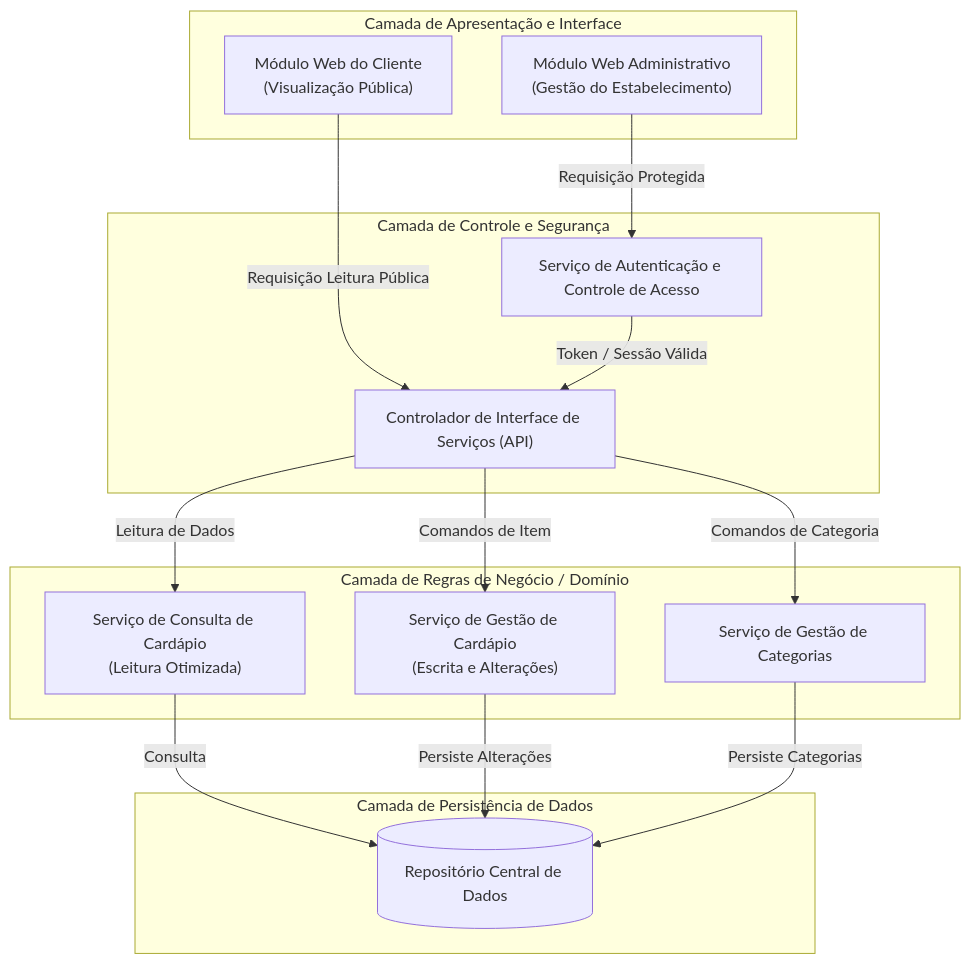
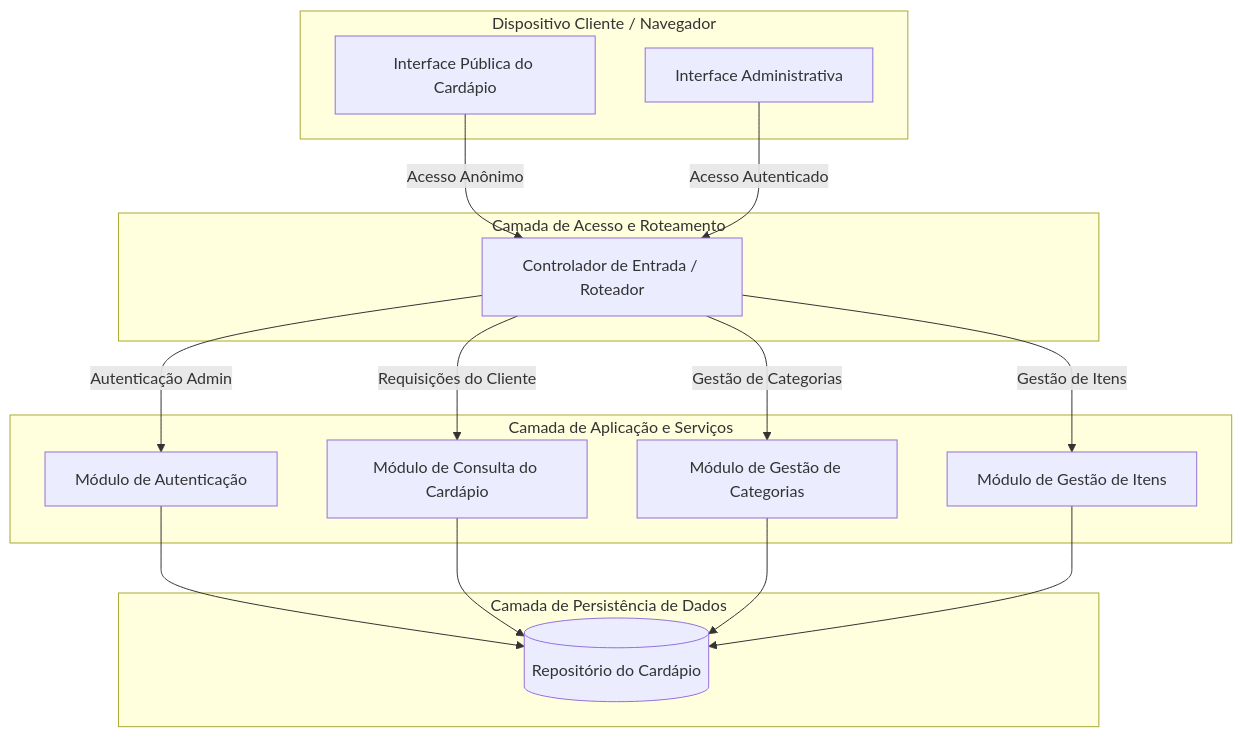
One commit to PDC-ESIA/AI4ES changed the first of 3 diagrams in docs/Time_2_Design/analise-qualitativa/outputs/relatorio_gemini_3_6_flash_P01.md. Above: the diagram before and after it, drawn with Mermaid. The commit also changed other lines of this file and 107 other files, not shown here.

````diff
--- a/docs/Time_2_Design/analise-qualitativa/outputs/relatorio_gemini_3_6_flash_P01.md
+++ b/docs/Time_2_Design/analise-qualitativa/outputs/relatorio_gemini_3_6_flash_P01.md
@@ -28,35 +26,35 @@
 ```mermaid
 graph TD
-    subgraph Camada_Apresentacao [Camada de Apresentação e Interface]
-        UI_Cliente["Módulo Web do Cliente<br/>(Visualização Pública)"]
-        UI_Admin["Módulo Web Administrativo<br/>(Gestão do Estabelecimento)"]
+    subgraph Cliente_Navegador [Dispositivo Cliente / Navegador]
+        UI_Publica[Interface Pública do Cardápio]
+        UI_Admin[Interface Administrativa]
     end
 
-    subgraph Camada_Controle_Seguranca [Camada de Controle e Segurança]
-        Auth_Service["Serviço de Autenticação e Controle de Acesso"]
-        API_Gateway["Controlador de Interface de Serviços (API)"]
+    subgraph Camada_Acesso [Camada de Acesso e Roteamento]
+        Gateway[Controlador de Entrada / Roteador]
     end
 
-    subgraph Camada_Negocio [Camada de Regras de Negócio / Domínio]
-        Menu_Query_Service["Serviço de Consulta de Cardápio<br/>(Leitura Otimizada)"]
-        Menu_Mgmt_Service["Serviço de Gestão de Cardápio<br/>(Escrita e Alterações)"]
-        Category_Mgmt_Service["Serviço de Gestão de Categorias"]
+    subgraph Camada_Servicos [Camada de Aplicação e Serviços]
+        Auth_Service[Módulo de Autenticação]
+        Menu_Query_Service[Módulo de Consulta do Cardápio]
+        Category_Mgmt_Service[Módulo de Gestão de Categorias]
+        Item_Mgmt_Service[Módulo de Gestão de Itens]
     end
 
-    subgraph Camada_Persistencia [Camada de Persistência de Dados]
-        Data_Repository[("Repositório Central de Dados")]
+    subgraph Camada_Dados [Camada de Persistência de Dados]
+        Data_Store[(Repositório do Cardápio)]
     end
 
-    %% Relações e Comunicações
-    UI_Cliente -->|Requisição Leitura Pública| API_Gateway
-    UI_Admin -->|Requisição Protegida| Auth_Service
-    Auth_Service -->|Token / Sessão Válida| API_Gateway
+    UI_Publica -->|Acesso Anônimo| Gateway
+    UI_Admin -->|Acesso Autenticado| Gateway
 
-    API_Gateway -->|Leitura de Dados| Menu_Query_Service
-    API_Gateway -->|Comandos de Item| Menu_Mgmt_Service
-    API_Gateway -->|Comandos de Categoria| Category_Mgmt_Service
+    Gateway -->|Requisições do Cliente| Menu_Query_Service
+    Gateway -->|Autenticação Admin| Auth_Service
+    Gateway -->|Gestão de Categorias| Category_Mgmt_Service
+    Gateway -->|Gestão de Itens| Item_Mgmt_Service
 
-    Menu_Query_Service -->|Consulta| Data_Repository
-    Menu_Mgmt_Service -->|Persiste Alterações| Data_Repository
-    Category_Mgmt_Service -->|Persiste Categorias| Data_Repository
+    Auth_Service --> Data_Store
+    Menu_Query_Service --> Data_Store
+    Category_Mgmt_Service --> Data_Store
+    Item_Mgmt_Service --> Data_Store
 ```
````
